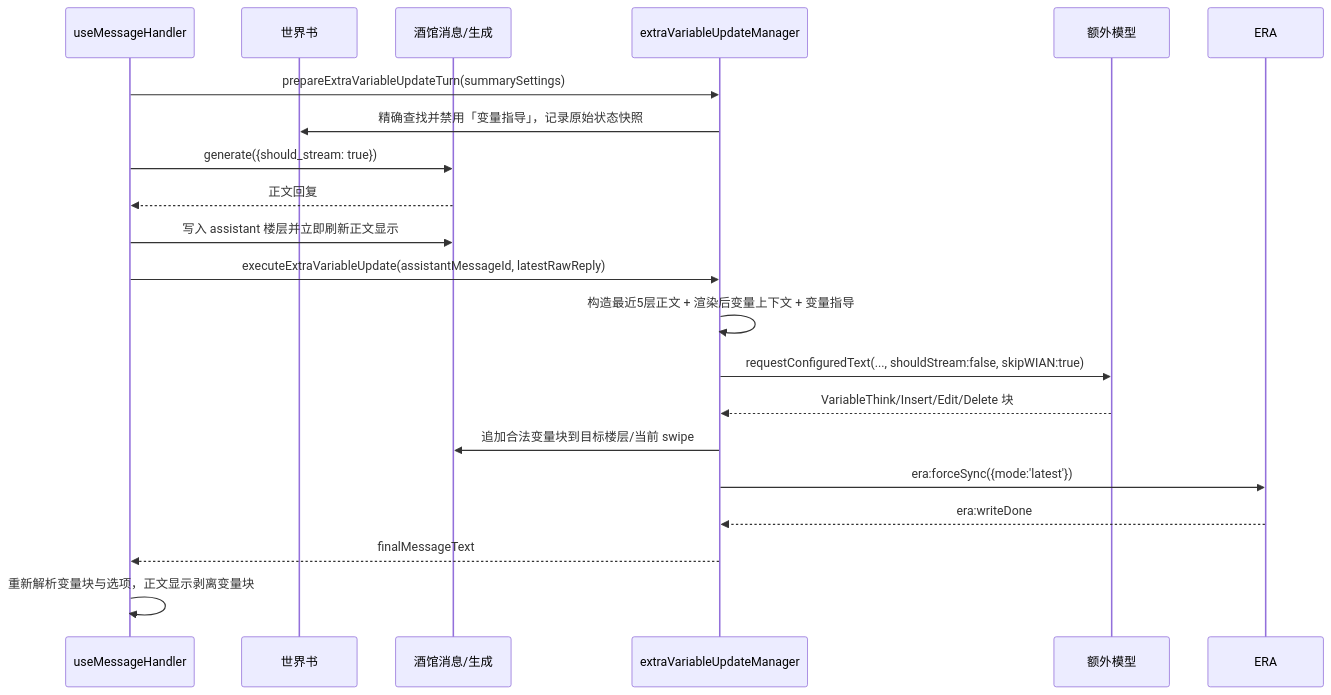
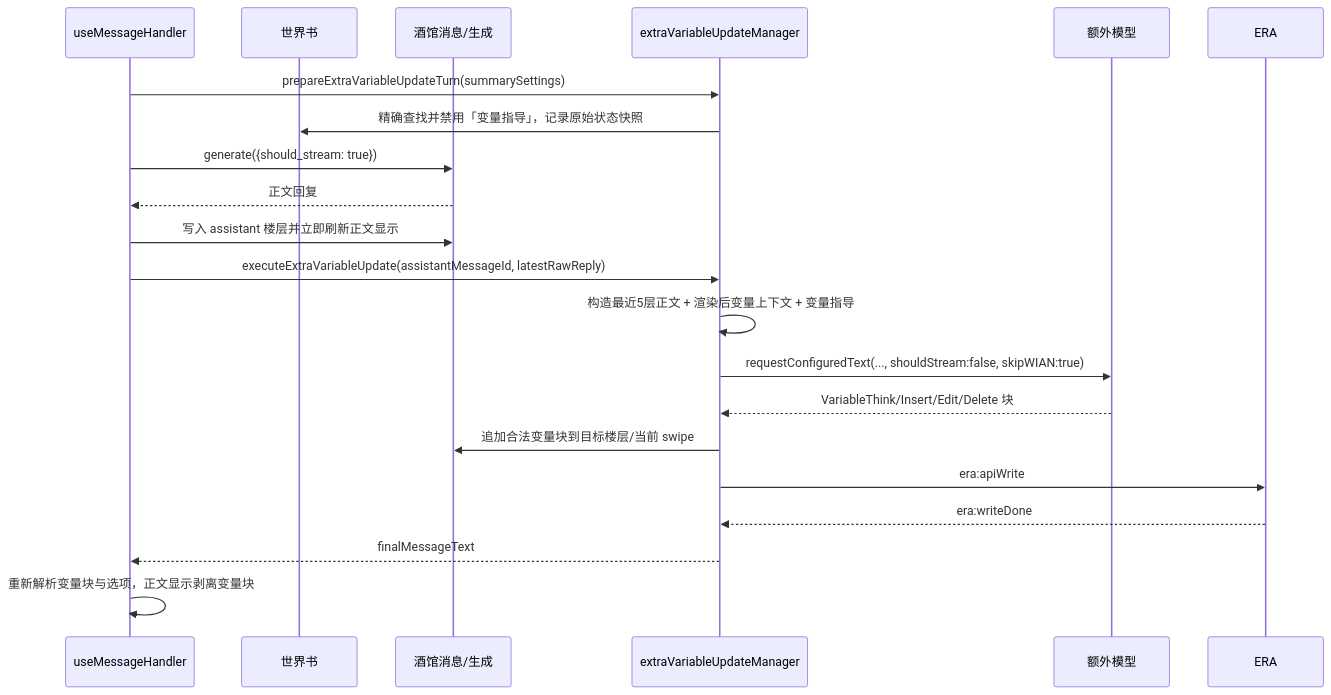
Before and after one commit to jam4435/sillytavern0011: the fifth of 7 diagrams in src/武侠/架构.md, drawn with Mermaid. The commit also changed other lines of this file and 3 other files, not shown here.

````diff
--- a/src/武侠/架构.md
+++ b/src/武侠/架构.md
@@ -255,24 +256,24 @@
 ```mermaid
 sequenceDiagram
     participant Frontend as useMessageHandler
     participant WB as 世界书
     participant Tavern as 酒馆消息/生成
     participant Extra as extraVariableUpdateManager
     participant Model as 额外模型
     participant ERA as ERA
 
     Frontend->>Extra: prepareExtraVariableUpdateTurn(summarySettings)
     Extra->>WB: 精确查找并禁用「变量指导」，记录原始状态快照
     Frontend->>Tavern: generate({should_stream: true})
     Tavern-->>Frontend: 正文回复
     Frontend->>Tavern: 写入 assistant 楼层并立即刷新正文显示
     Frontend->>Extra: executeExtraVariableUpdate(assistantMessageId, latestRawReply)
     Extra->>Extra: 构造最近5层正文 + 渲染后变量上下文 + 变量指导
     Extra->>Model: requestConfiguredText(..., shouldStream:false, skipWIAN:true)
     Model-->>Extra: VariableThink/Insert/Edit/Delete 块
     Extra->>Tavern: 追加合法变量块到目标楼层/当前 swipe
-    Extra->>ERA: era:forceSync({mode:'latest'})
+    Extra->>ERA: era:apiWrite
     ERA-->>Extra: era:writeDone
     Extra-->>Frontend: finalMessageText
     Frontend->>Frontend: 重新解析变量块与选项，正文显示剥离变量块
 ```
````
